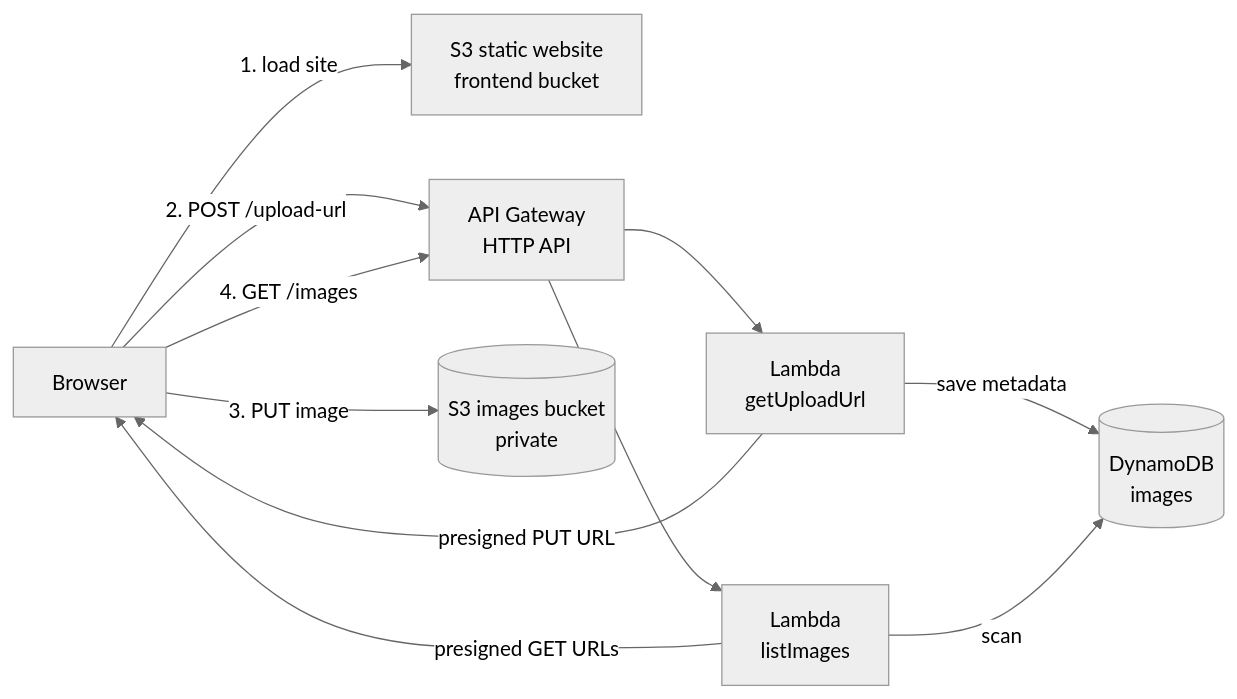
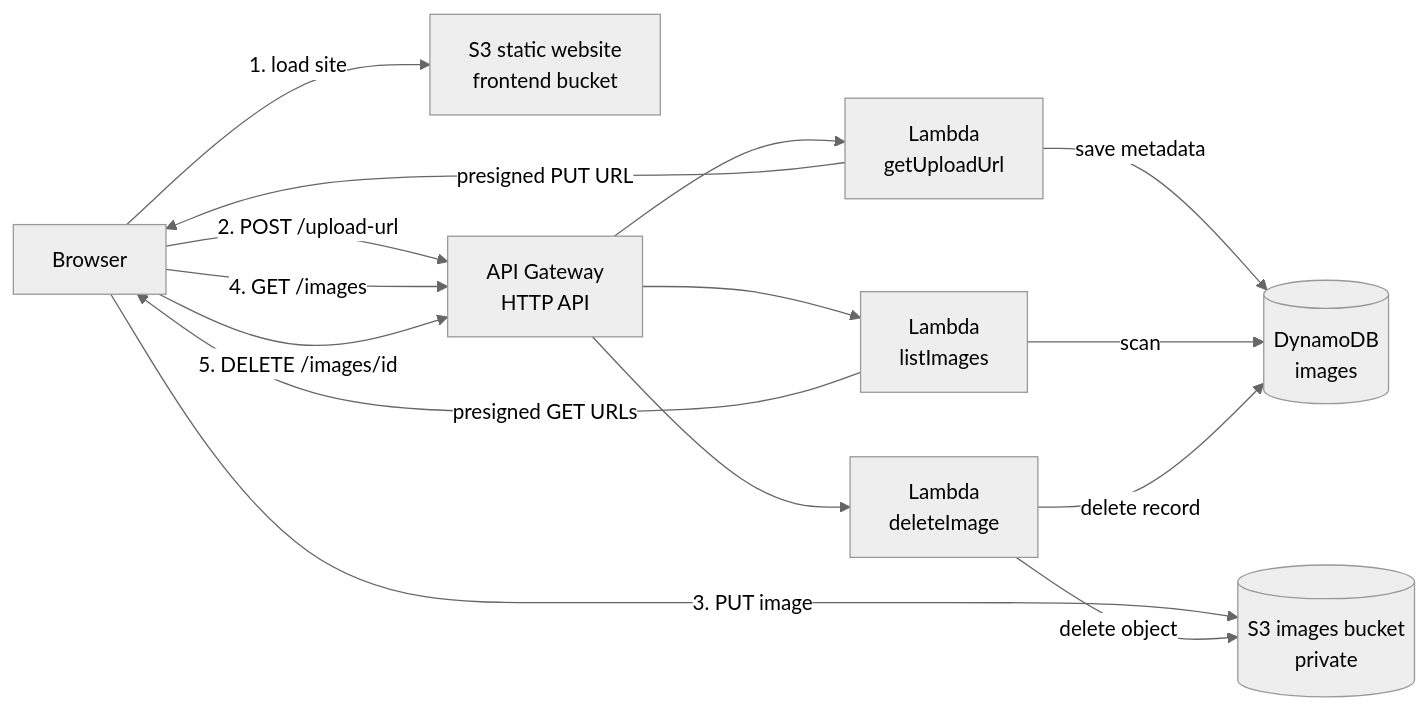
The diagram in README.md (Deviprasad-aiml/Image-upload-apllication), drawn with Mermaid (neutral theme) before and after one commit. The commit also changed other lines of this file, not shown here.

````diff
--- a/README.md
+++ b/README.md
@@ -20,13 +27,17 @@
 ```mermaid
 flowchart LR
     U[Browser] -->|1. load site| FE[S3 static website<br/>frontend bucket]
     U -->|2. POST /upload-url| API[API Gateway<br/>HTTP API]
     API --> L1[Lambda<br/>getUploadUrl]
     L1 -->|save metadata| DB[(DynamoDB<br/>images)]
     L1 -->|presigned PUT URL| U
     U -->|3. PUT image| IMG[(S3 images bucket<br/>private)]
     U -->|4. GET /images| API
     API --> L2[Lambda<br/>listImages]
     L2 -->|scan| DB
     L2 -->|presigned GET URLs| U
+    U -->|5. DELETE /images/id| API
+    API --> L3[Lambda<br/>deleteImage]
+    L3 -->|delete object| IMG
+    L3 -->|delete record| DB
 ```
````
